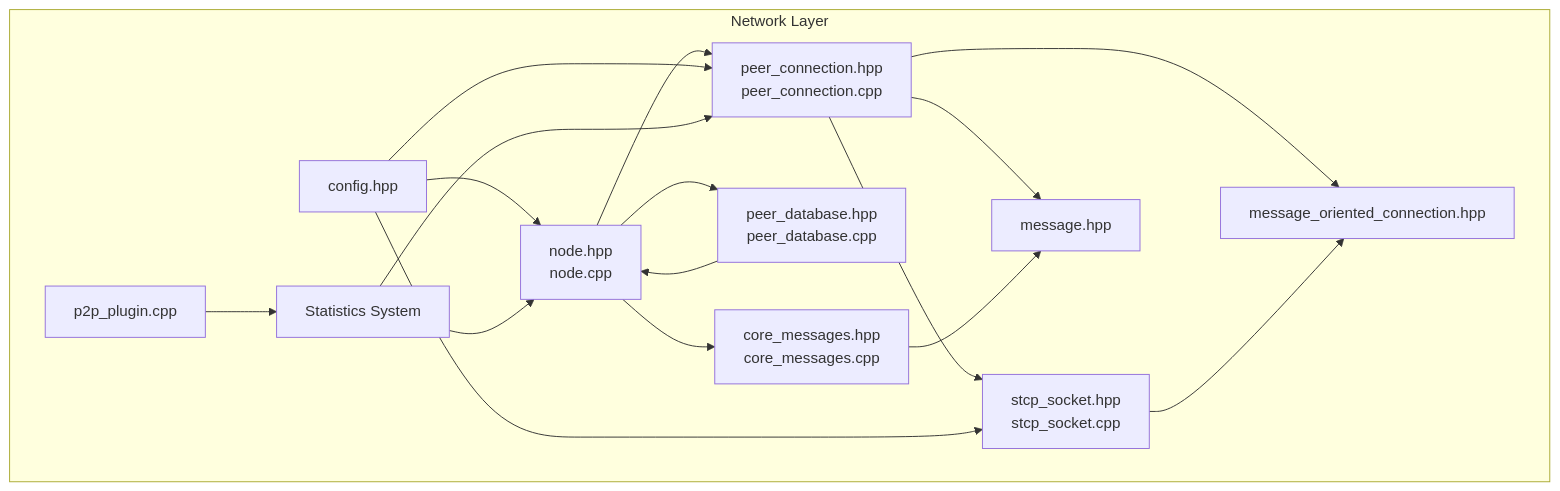
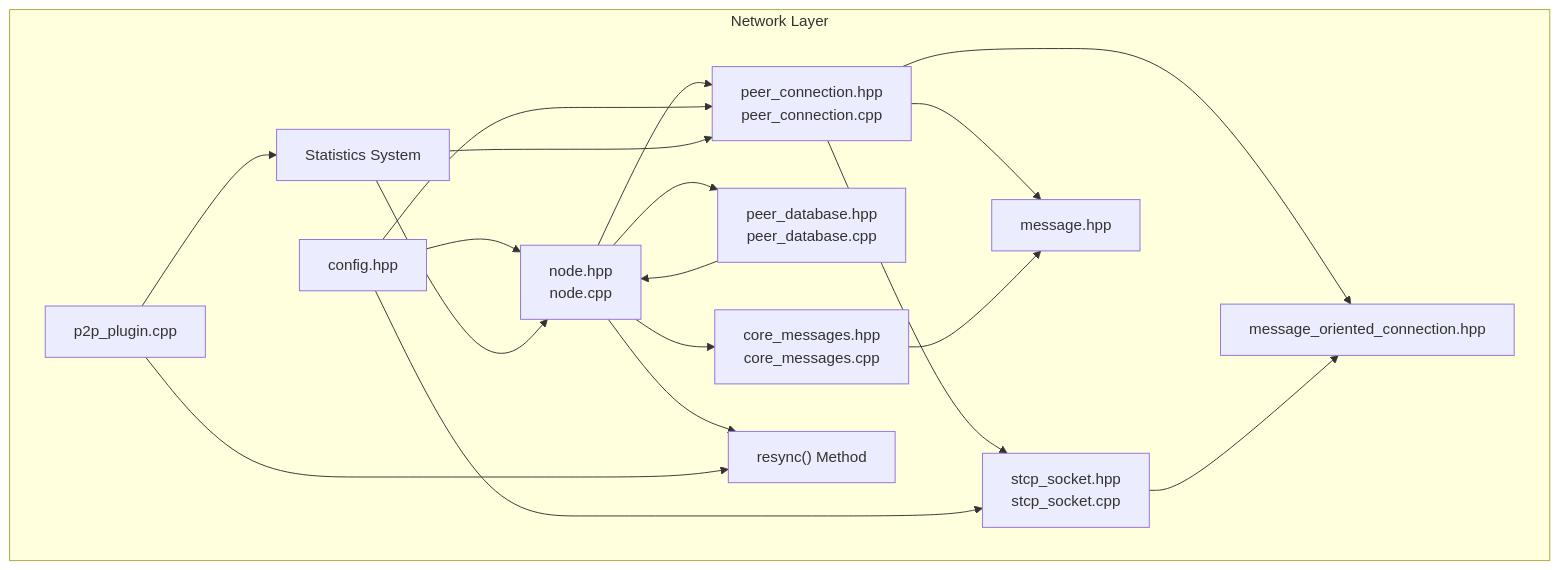
One commit to VIZ-Blockchain/viz-cpp-node changed the first of 13 diagrams in .qoder/repowiki/en/content/Architecture Overview/Core Libraries/Network Library/Network Library.md. Above: the diagram before and after it, drawn with Mermaid. The commit also changed other lines of this file and 11 other files, not shown here.

First line of the commit message:
docs(network): add resync() method docs and enhance peer statistics logging

````diff
--- a/.qoder/repowiki/en/content/Architecture Overview/Core Libraries/Network Library/Network Library.md
+++ b/.qoder/repowiki/en/content/Architecture Overview/Core Libraries/Network Library/Network Library.md
@@ -58,30 +60,33 @@
 ```mermaid
 graph TB
 subgraph "Network Layer"
 N["node.hpp<br/>node.cpp"]
 PC["peer_connection.hpp<br/>peer_connection.cpp"]
 MSG["message.hpp"]
 CM["core_messages.hpp<br/>core_messages.cpp"]
 STCP["stcp_socket.hpp<br/>stcp_socket.cpp"]
 PD["peer_database.hpp<br/>peer_database.cpp"]
 MOC["message_oriented_connection.hpp"]
 CFG["config.hpp"]
 STATS["Statistics System"]
 P2P["p2p_plugin.cpp"]
+RESYNC["resync() Method"]
 end
 N --> PC
 N --> PD
 N --> CM
+N --> RESYNC
 PC --> MOC
 PC --> STCP
 PC --> MSG
 CM --> MSG
 STCP --> MOC
 PD --> N
 CFG --> N
 CFG --> PC
 CFG --> STCP
 STATS --> N
 STATS --> PC
 P2P --> STATS
+P2P --> RESYNC
 ```
````
